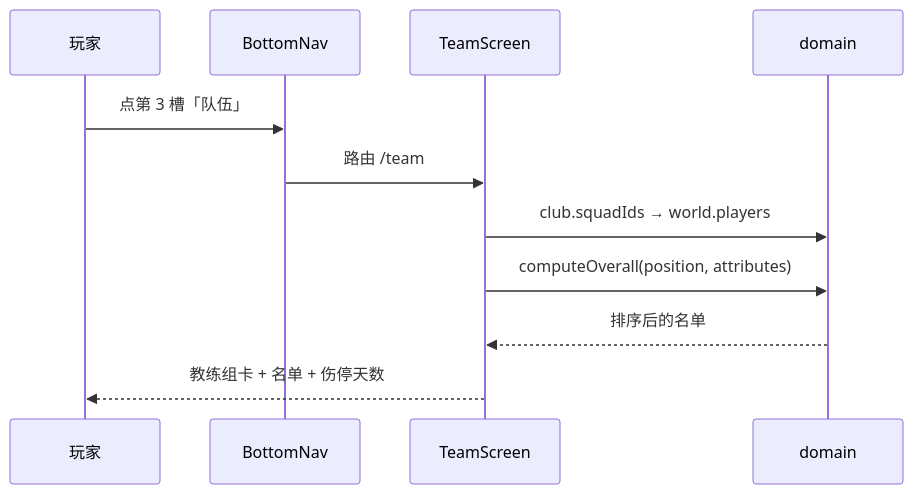
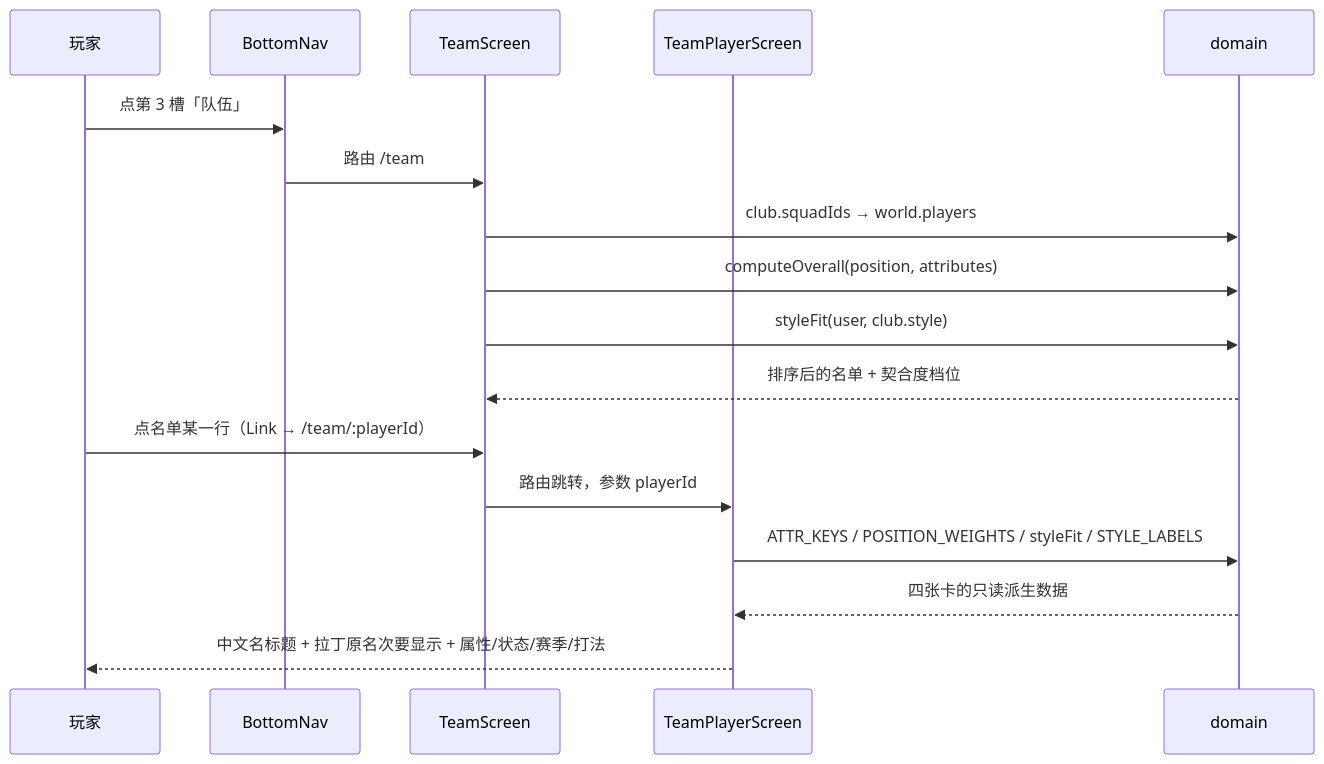
One commit to Roulandu/rpg_life_game changed the second of 2 diagrams in docs/features/team-squad.md. Above: the diagram before and after it, drawn with Mermaid. The commit also changed other lines of this file and 5 other files, not shown here.

````diff
--- a/docs/features/team-squad.md
+++ b/docs/features/team-squad.md
@@ -46,13 +59,20 @@
 ```mermaid
 sequenceDiagram
   participant P as 玩家
   participant N as BottomNav
   participant T as TeamScreen
+  participant Q as TeamPlayerScreen
   participant D as domain
+
   P->>N: 点第 3 槽「队伍」
   N->>T: 路由 /team
   T->>D: club.squadIds → world.players
   T->>D: computeOverall(position, attributes)
-  D-->>T: 排序后的名单
-  T-->>P: 教练组卡 + 名单 + 伤停天数
+  T->>D: styleFit(user, club.style)
+  D-->>T: 排序后的名单 + 契合度档位
+  P->>T: 点名单某一行（Link → /team/:playerId）
+  T->>Q: 路由跳转，参数 playerId
+  Q->>D: ATTR_KEYS / POSITION_WEIGHTS / styleFit / STYLE_LABELS
+  D-->>Q: 四张卡的只读派生数据
+  Q-->>P: 中文名标题 + 拉丁原名次要显示 + 属性/状态/赛季/打法
 ```
````
